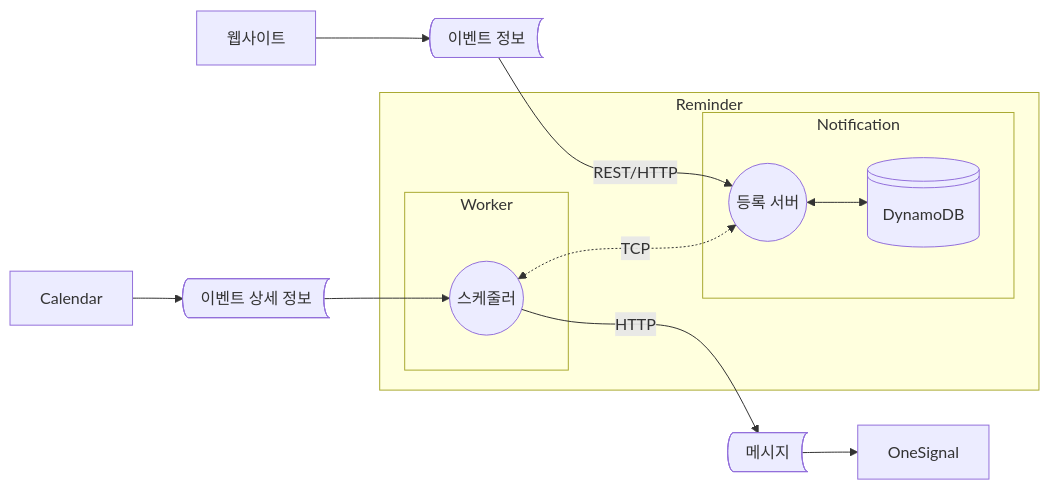
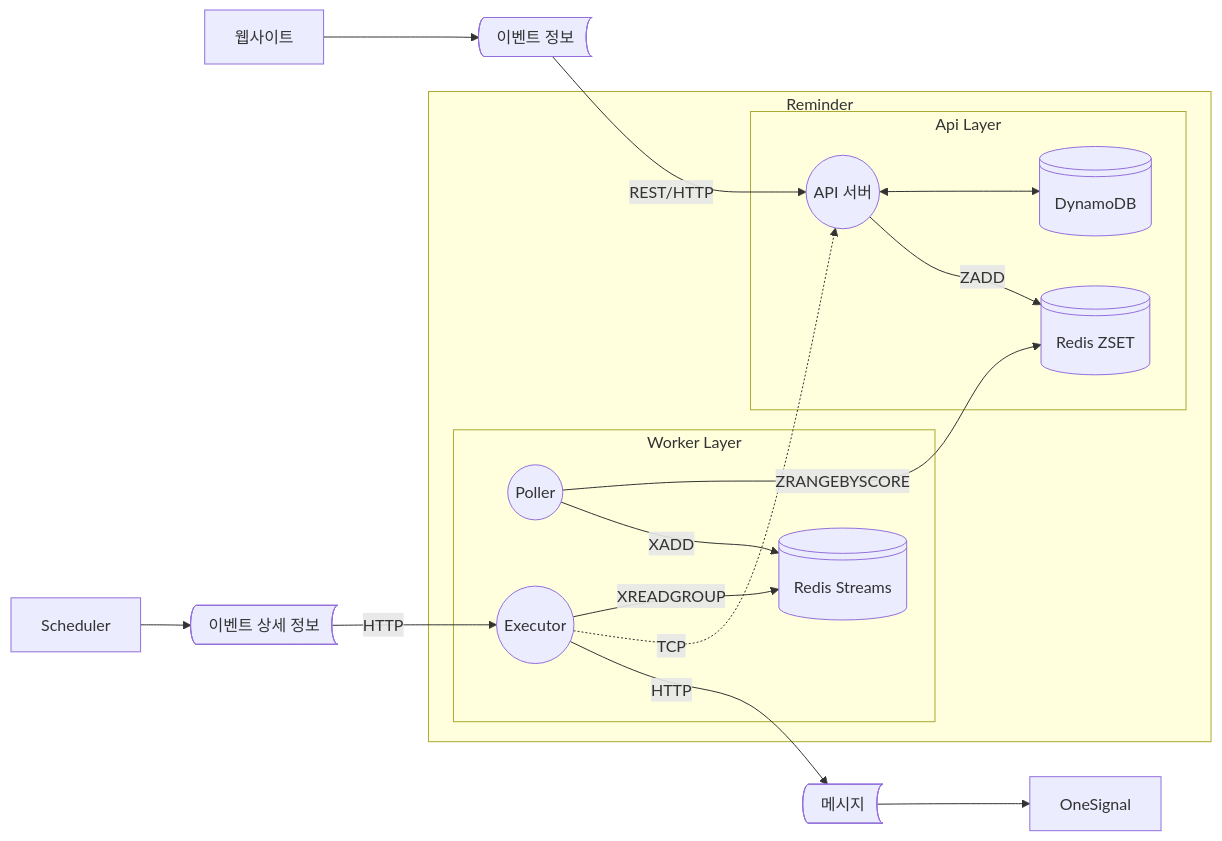
One commit to NarciSource/Reminder-Service changed the first of 2 diagrams in README.md. Above: the diagram before and after it, drawn with Mermaid. The commit also changed other lines of this file, not shown here.

Commit message:
docs: README 다이어그램 수정

````diff
--- a/README.md
+++ b/README.md
@@ -104,30 +118,32 @@
 ```mermaid
 flowchart LR
-   Web["웹사이트"]
-   click Web "https://github.com/Daily1Hour/PickMe-Calendar-Application"
-   event@{ shape: bow-rect, label: "이벤트 정보" }
+    subgraph Reminder
+        RedisDelay@{ shape: lin-cyl, label: "Redis ZSET" }
+        RedisStream@{ shape: lin-cyl, label: "Redis Streams" }
 
-   Web --> event --> |REST/HTTP| Notification/server
+        Poller --> |ZRANGEBYSCORE| RedisDelay
 
-   subgraph Reminder
-      subgraph Worker
-         Worker/Cron@{ shape: circle, label: "스케줄러" }
-      end
+        subgraph Worker Layer
+            Poller@{ shape: circle, label: "Poller" }
+            Executor@{ shape: circle, label: "Executor" }
 
-      subgraph Notification
-         Notification/server@{ shape: circle, label: "등록 서버" }
-         Notification/db@{ shape: lin-cyl, label: "DynamoDB" }
+            Poller --> |XADD| RedisStream
+            Executor --> |XREADGROUP| RedisStream
+        end
 
-         Notification/server <--> Notification/db
-      end
+        Executor -.-> |TCP| Api
 
-      Worker/Cron <-.-> |TCP| Notification/server
-   end
+        subgraph Api Layer
+            Api@{ shape: circle, label: "API 서버" }
+            DB@{ shape: lin-cyl, label: "DynamoDB" }
 
-   Calendar
-   click Calendar "https://github.com/Daily1Hour/PickMe-Calendar-Service"
-   data@{ shape: bow-rect, label: "이벤트 상세 정보" }
+            Api <--> DB
+            Api --> |ZADD| RedisDelay
+        end
 
-   Calendar --> data --> Worker/Cron
-   Worker/Cron --> |HTTP| message@{ shape: bow-rect, label: "메시지" } --> OneSignal
+    end
+
+    Web["웹사이트"] --> event@{ shape: bow-rect, label: "이벤트 정보" } --> |REST/HTTP| Api
+    Scheduler --> data@{ shape: bow-rect, label: "이벤트 상세 정보" } --> |HTTP| Executor
+    Executor --> |HTTP| message@{ shape: bow-rect, label: "메시지" } --> OneSignal
 ```
````
